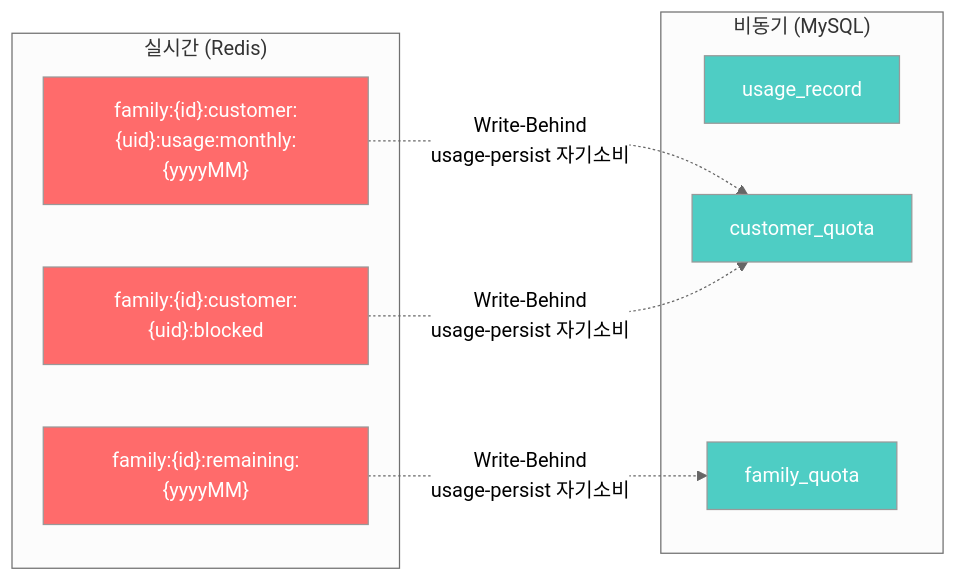
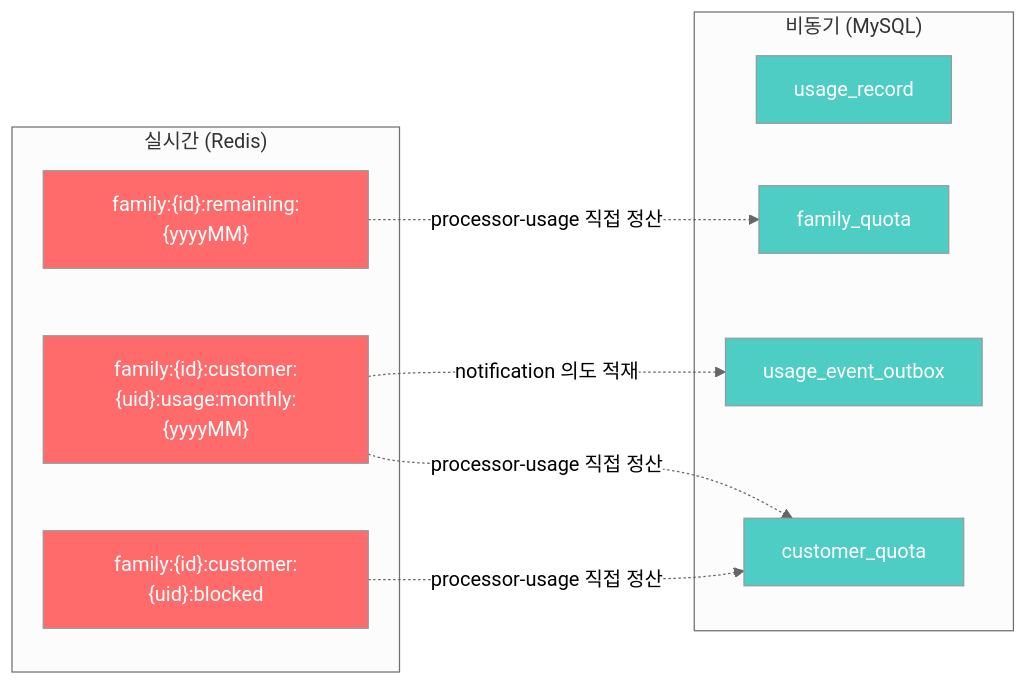
One commit to da-bom/dabom-api-core changed the sixth of 6 diagrams in docs/ERD.md. Above: the diagram before and after it, drawn with Mermaid (neutral theme). The commit also changed other lines of this file and 2 other files, not shown here.

````diff
--- a/docs/ERD.md
+++ b/docs/ERD.md
@@ -1994,25 +2046,28 @@
 ```mermaid
 flowchart LR
     subgraph "실시간 (Redis)"
         R1["family:{id}:remaining:{yyyyMM}"]
         R2["family:{id}:customer:{uid}:usage:monthly:{yyyyMM}"]
         R3["family:{id}:customer:{uid}:blocked"]
     end
 
     subgraph "비동기 (MySQL)"
         T1[usage_record]
         T2[customer_quota]
         T3[family_quota]
+        T4[usage_event_outbox]
     end
 
-    R1 -.->|Write-Behind<br/>usage-persist 자기소비| T3
-    R2 -.->|Write-Behind<br/>usage-persist 자기소비| T2
-    R3 -.->|Write-Behind<br/>usage-persist 자기소비| T2
+    R1 -.->|processor-usage 직접 정산| T3
+    R2 -.->|processor-usage 직접 정산| T2
+    R3 -.->|processor-usage 직접 정산| T2
+    R2 -.->|notification 의도 적재| T4
 
     style R1 fill:#ff6b6b,color:#fff
     style R2 fill:#ff6b6b,color:#fff
     style R3 fill:#ff6b6b,color:#fff
     style T1 fill:#4ecdc4,color:#fff
     style T2 fill:#4ecdc4,color:#fff
     style T3 fill:#4ecdc4,color:#fff
+    style T4 fill:#4ecdc4,color:#fff
 ```
````
